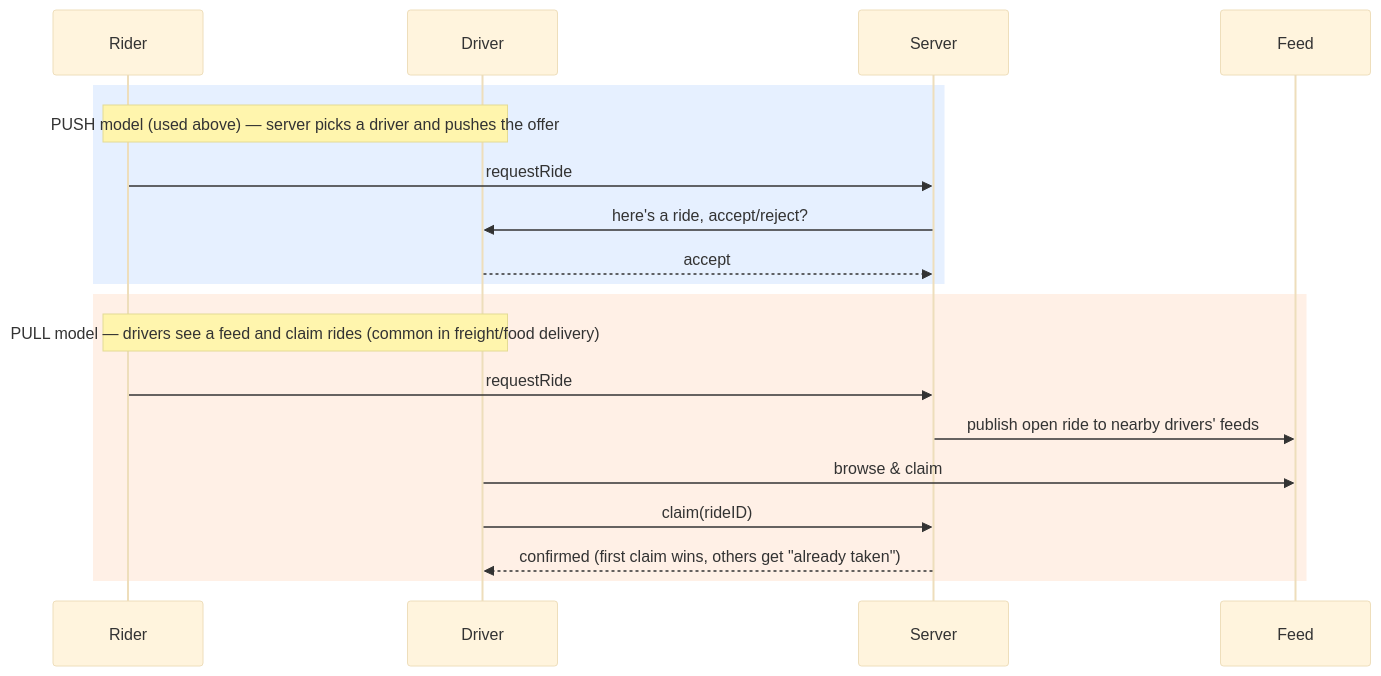
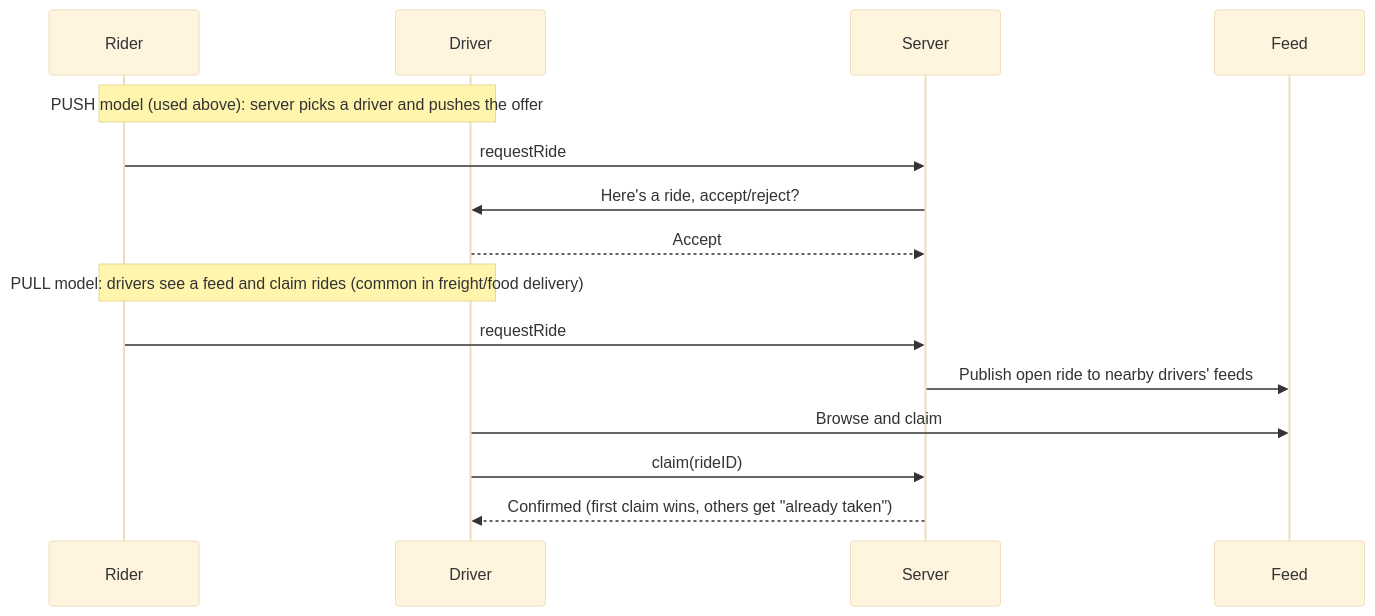
Diagram 13 of 25 in system-design/HLD/0-course/30-Design Uber-FAANG-Guide.md (riyaz-pasha/Learnings), drawn with Mermaid (base theme) before and after one commit. The commit also changed other lines of this file and 1 other file, not shown here.

First line of the commit message:
[REWRITE] Design Uber guides: simplify prose, add structure, fix dark-theme diagrams

````diff
--- a/system-design/HLD/0-course/30-Design Uber-FAANG-Guide.md
+++ b/system-design/HLD/0-course/30-Design Uber-FAANG-Guide.md
@@ -637,17 +699,14 @@
 ```mermaid
 sequenceDiagram
-    rect rgb(230,240,255)
-    Note over Rider,Driver: PUSH model (used above) — server picks a driver and pushes the offer
+    Note over Rider,Driver: PUSH model (used above): server picks a driver and pushes the offer
     Rider->>Server: requestRide
-    Server->>Driver: here's a ride, accept/reject?
-    Driver-->>Server: accept
-    end
-    rect rgb(255,240,230)
-    Note over Rider,Driver: PULL model — drivers see a feed and claim rides (common in freight/food delivery)
+    Server->>Driver: Here's a ride, accept/reject?
+    Driver-->>Server: Accept
+
+    Note over Rider,Driver: PULL model: drivers see a feed and claim rides (common in freight/food delivery)
     Rider->>Server: requestRide
-    Server->>Feed: publish open ride to nearby drivers' feeds
-    Driver->>Feed: browse & claim
+    Server->>Feed: Publish open ride to nearby drivers' feeds
+    Driver->>Feed: Browse and claim
     Driver->>Server: claim(rideID)
-    Server-->>Driver: confirmed (first claim wins, others get "already taken")
-    end
+    Server-->>Driver: Confirmed (first claim wins, others get "already taken")
 ```
````
